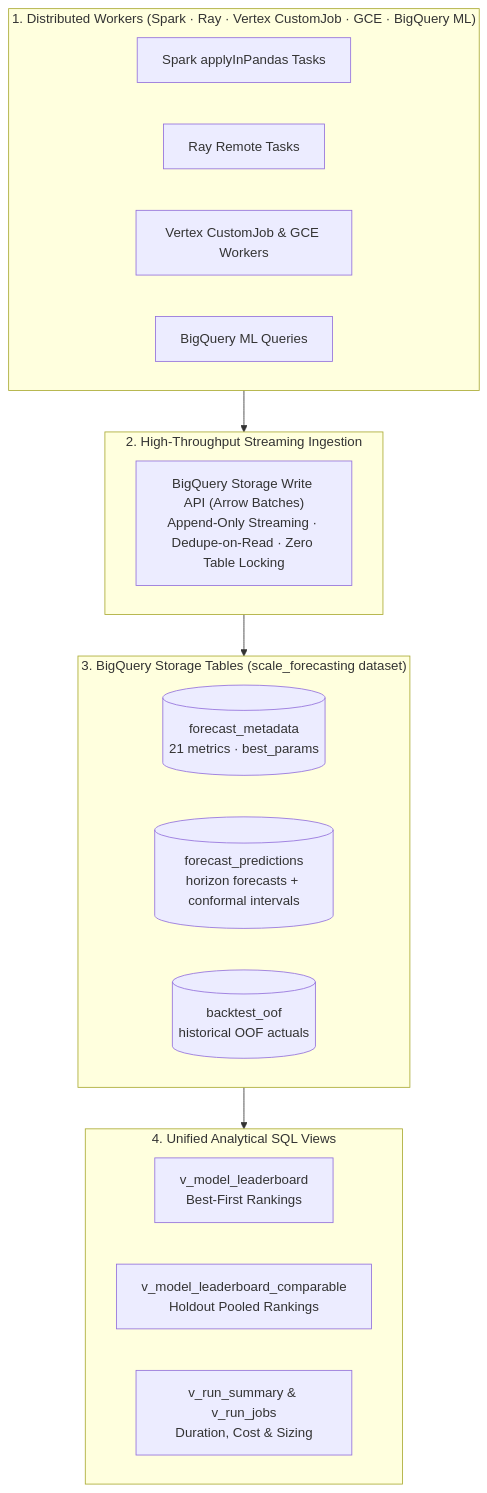
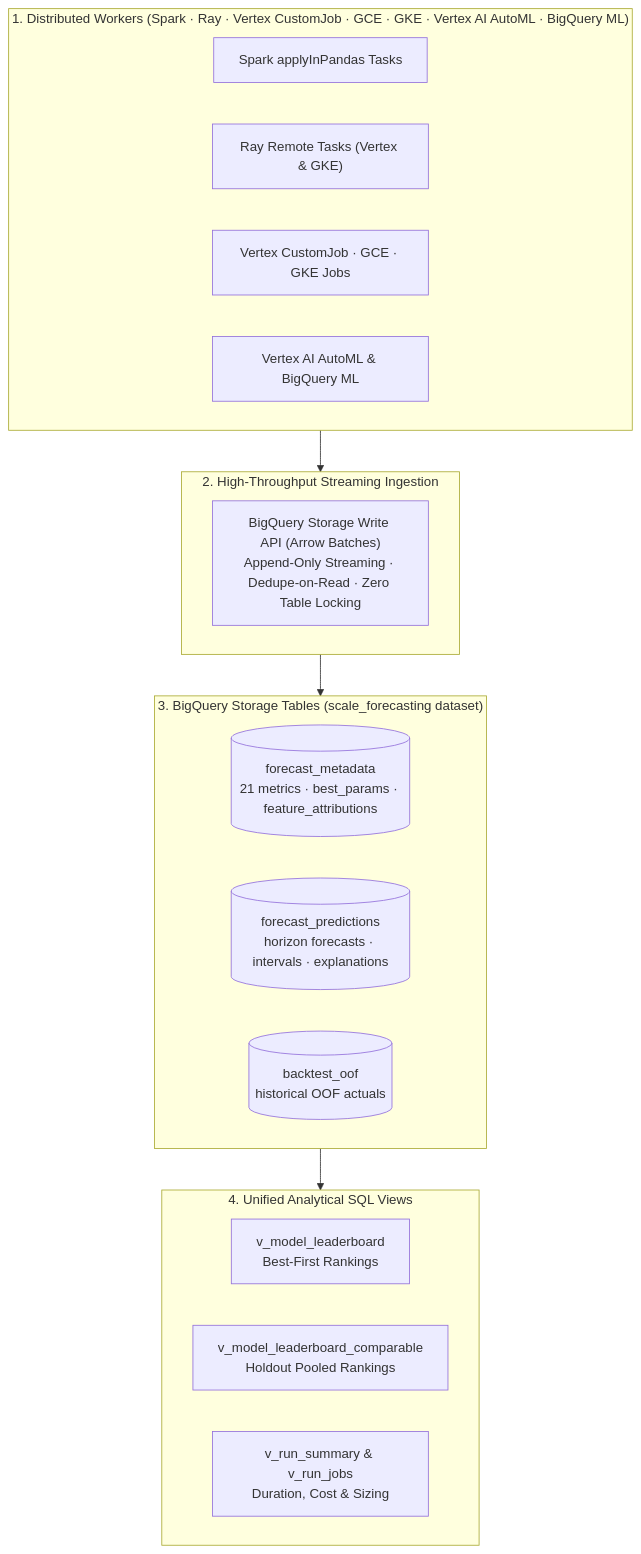
The third of 6 diagrams in README.md (statmike/scale-forecasting), drawn with Mermaid before and after one commit. The commit also changed other lines of this file and 102 other files, not shown here.

Commit message:
feat(automl,explainability): add Vertex AI AutoML & Tabular Workflows (vertex_l2l, vertex_tide, vertex_tft, vertex_seq2seq), Two-Tier Feature Attributions, and repo-wide docs

````diff
--- a/README.md
+++ b/README.md
@@ -498,31 +515,31 @@
 ```mermaid
 flowchart TD
-    subgraph Workers["1. Distributed Workers (Spark · Ray · Vertex CustomJob · GCE · BigQuery ML)"]
+    subgraph Workers["1. Distributed Workers (Spark · Ray · Vertex CustomJob · GCE · GKE · Vertex AI AutoML · BigQuery ML)"]
         direction LR
         W1["Spark applyInPandas Tasks"]
-        W2["Ray Remote Tasks"]
-        W3["Vertex CustomJob & GCE Workers"]
-        W4["BigQuery ML Queries"]
+        W2["Ray Remote Tasks (Vertex & GKE)"]
+        W3["Vertex CustomJob · GCE · GKE Jobs"]
+        W4["Vertex AI AutoML & BigQuery ML"]
     end
 
     subgraph Ingest["2. High-Throughput Streaming Ingestion"]
         direction LR
         Stream["BigQuery Storage Write API (Arrow Batches)<br/>Append-Only Streaming · Dedupe-on-Read · Zero Table Locking"]
     end
 
     subgraph Tables["3. BigQuery Storage Tables (scale_forecasting dataset)"]
         direction LR
-        T1[("forecast_metadata<br/>21 metrics · best_params")]
-        T2[("forecast_predictions<br/>horizon forecasts + conformal intervals")]
+        T1[("forecast_metadata<br/>21 metrics · best_params · feature_attributions")]
+        T2[("forecast_predictions<br/>horizon forecasts · intervals · explanations")]
         T3[("backtest_oof<br/>historical OOF actuals")]
     end
 
     subgraph Views["4. Unified Analytical SQL Views"]
         direction LR
         V1["v_model_leaderboard<br/>Best-First Rankings"]
         V2["v_model_leaderboard_comparable<br/>Holdout Pooled Rankings"]
         V3["v_run_summary & v_run_jobs<br/>Duration, Cost & Sizing"]
     end
 
     Workers --> Ingest --> Tables --> Views
 ```
````
